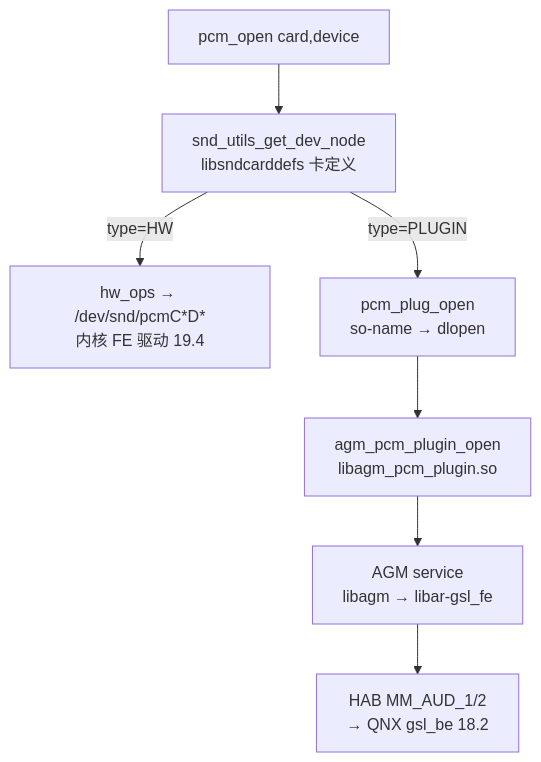
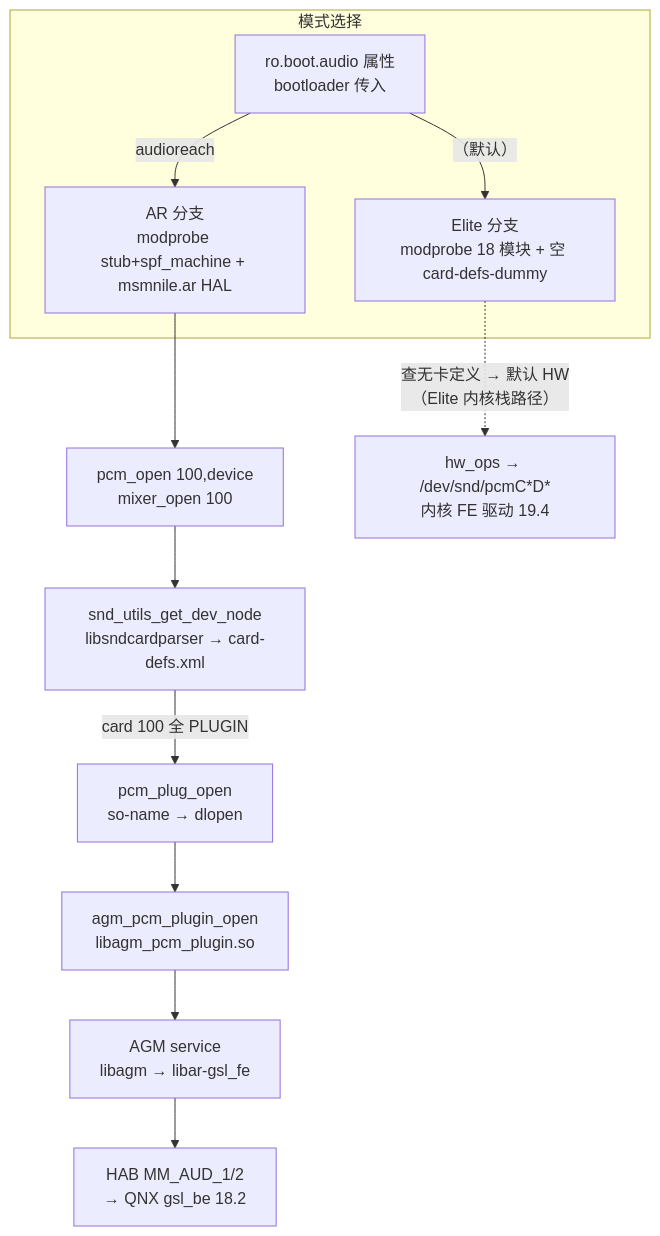
The diagram in 19_Kernel_Audio/19_19.6_用户态消费与插件分发.md (yanglinzhen1022/SA8295_AAOS_QNX_Audio_KnowledgeBase), drawn with Mermaid before and after one commit. The commit also changed other lines of this file and 17 other files, not shown here.

````diff
--- a/19_Kernel_Audio/19_19.6_用户态消费与插件分发.md
+++ b/19_Kernel_Audio/19_19.6_用户态消费与插件分发.md
@@ -31,9 +98,15 @@
 ```mermaid
 flowchart TD
-    PO[pcm_open card,device] --> SU[snd_utils_get_dev_node<br/>libsndcarddefs 卡定义]
-    SU -->|type=HW| HW[hw_ops → /dev/snd/pcmC*D*<br/>内核 FE 驱动 19.4]
-    SU -->|type=PLUGIN| PL[pcm_plug_open<br/>so-name → dlopen]
+    subgraph 模式选择
+        PROP[ro.boot.audio 属性<br/>bootloader 传入]
+        PROP -->|""（默认）| EL[Elite 分支<br/>modprobe 18 模块 + 空 card-defs-dummy]
+        PROP -->|audioreach| AR[AR 分支<br/>modprobe stub+spf_machine + msmnile.ar HAL]
+    end
+    AR --> PO[pcm_open 100,device<br/>mixer_open 100]
+    PO --> SU[snd_utils_get_dev_node<br/>libsndcardparser → card-defs.xml]
+    SU -->|card 100 全 PLUGIN| PL[pcm_plug_open<br/>so-name → dlopen]
     PL --> AG[agm_pcm_plugin_open<br/>libagm_pcm_plugin.so]
     AG --> AGM[AGM service<br/>libagm → libar-gsl_fe]
     AGM --> HAB[HAB MM_AUD_1/2<br/>→ QNX gsl_be 18.2]
+    EL -.->|查无卡定义 → 默认 HW<br/>（Elite 内核栈路径）| HW[hw_ops → /dev/snd/pcmC*D*<br/>内核 FE 驱动 19.4]
 ```
````
